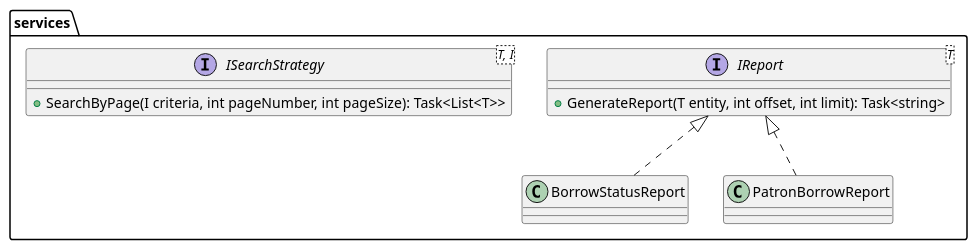
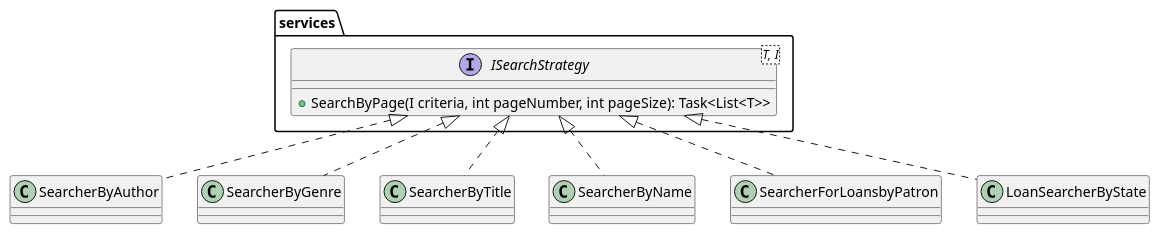
The diagram in system-design/class-diagram/domain/services.puml (programacion-6/Opcion1LosBorbotones), drawn with PlantUML before and after one commit. The commit also changed 10 other files, not shown here.

```diff
--- a/system-design/class-diagram/domain/services.puml
+++ b/system-design/class-diagram/domain/services.puml
@@ -1,13 +1,14 @@
 @startuml
 package services {
-    interface IReport<T> {
-        + GenerateReport(T entity, int offset, int limit): Task<string>
-    }
-    IReport <|.. BorrowStatusReport
-    IReport <|.. PatronBorrowReport
-
     interface ISearchStrategy<T, I> {
         + SearchByPage(I criteria, int pageNumber, int pageSize): Task<List<T>>
     }
 }
+
+ISearchStrategy <|.. SearcherByAuthor
+ISearchStrategy <|.. SearcherByGenre
+ISearchStrategy <|.. SearcherByTitle
+ISearchStrategy <|.. SearcherByName
+ISearchStrategy <|.. SearcherForLoansbyPatron
+ISearchStrategy <|.. LoanSearcherByState
 @enduml
```
